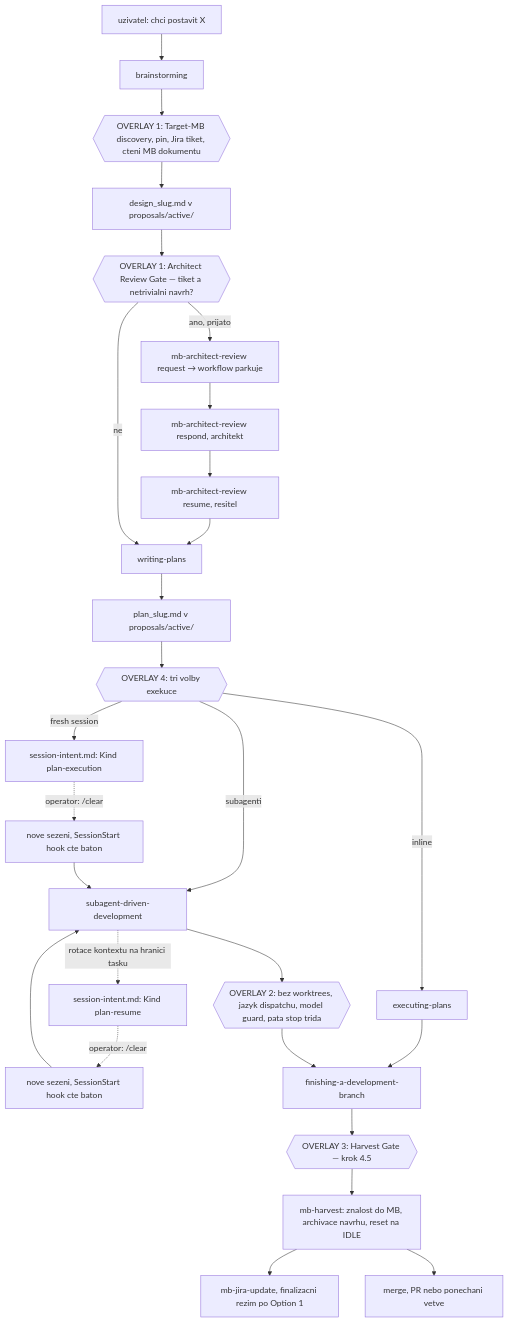
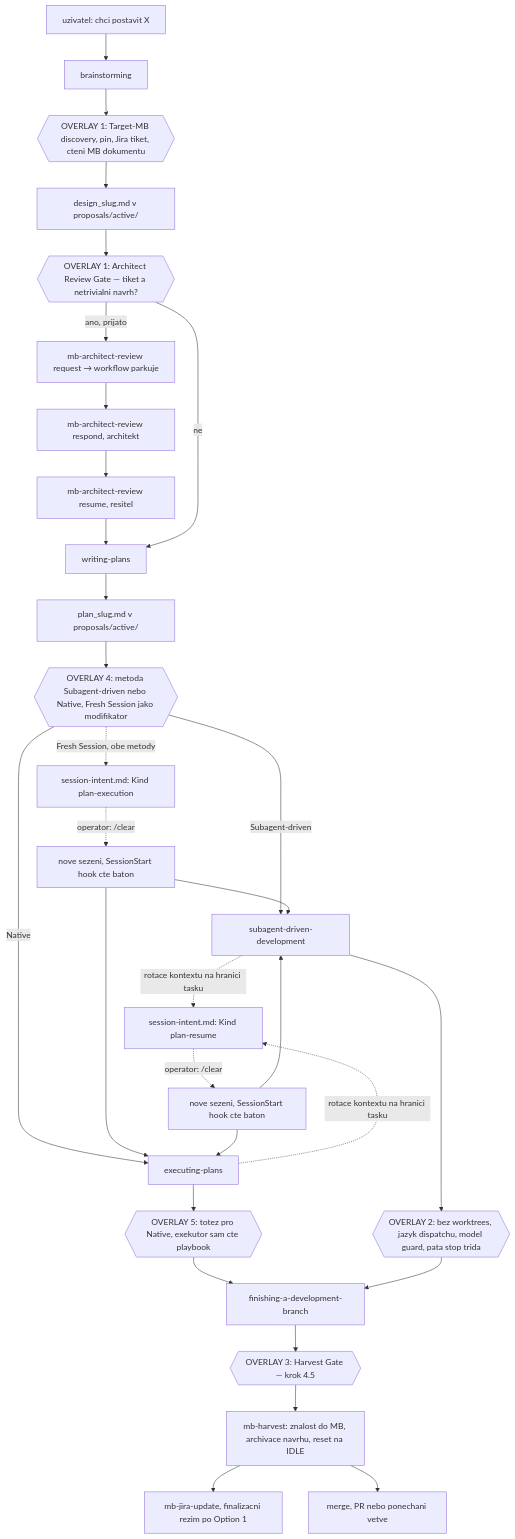
The second of 5 diagrams in memory-bank/architecture.md (janmatejka/superpowers), drawn with Mermaid before and after one commit. The commit also changed other lines of this file and 7 other files, not shown here.

````diff
--- a/memory-bank/architecture.md
+++ b/memory-bank/architecture.md
@@ -62,29 +68,33 @@
 ```mermaid
 flowchart TD
     START["uzivatel: chci postavit X"] --> BS["brainstorming"]
     BS --> O1{{"OVERLAY 1: Target-MB discovery, pin, Jira tiket, cteni MB dokumentu"}}
     O1 --> DES["design_slug.md v proposals/active/"]
     DES --> GATE{{"OVERLAY 1: Architect Review Gate — tiket a netrivialni navrh?"}}
     GATE -->|ano, prijato| AR["mb-architect-review request → workflow parkuje"]
     AR --> ARR["mb-architect-review respond, architekt"]
     ARR --> ARS["mb-architect-review resume, resitel"]
     ARS --> WP["writing-plans"]
     GATE -->|ne| WP
     WP --> PLAN["plan_slug.md v proposals/active/"]
-    PLAN --> O4{{"OVERLAY 4: tri volby exekuce"}}
-    O4 -->|subagenti| SDD["subagent-driven-development"]
-    O4 -->|inline| EP["executing-plans"]
-    O4 -->|fresh session| BAT1["session-intent.md: Kind plan-execution"]
+    PLAN --> O4{{"OVERLAY 4: metoda Subagent-driven nebo Native, Fresh Session jako modifikator"}}
+    O4 -->|Subagent-driven| SDD["subagent-driven-development"]
+    O4 -->|Native| EP["executing-plans"]
+    O4 -.->|Fresh Session, obe metody| BAT1["session-intent.md: Kind plan-execution"]
     BAT1 -.->|operator: /clear| NEW1["nove sezeni, SessionStart hook cte baton"]
     NEW1 --> SDD
+    NEW1 --> EP
     SDD --> O2{{"OVERLAY 2: bez worktrees, jazyk dispatchu, model guard, pata stop trida"}}
     SDD -.->|rotace kontextu na hranici tasku| BAT2["session-intent.md: Kind plan-resume"]
     BAT2 -.->|operator: /clear| NEW2["nove sezeni, SessionStart hook cte baton"]
     NEW2 --> SDD
-    EP --> FIN["finishing-a-development-branch"]
+    EP --> O5{{"OVERLAY 5: totez pro Native, exekutor sam cte playbook"}}
+    EP -.->|rotace kontextu na hranici tasku| BAT2
+    NEW2 --> EP
+    O5 --> FIN["finishing-a-development-branch"]
     O2 --> FIN
     FIN --> O3{{"OVERLAY 3: Harvest Gate — krok 4.5"}}
     O3 --> HARV["mb-harvest: znalost do MB, archivace navrhu, reset na IDLE"]
     HARV --> JIRA["mb-jira-update, finalizacni rezim po Option 1"]
     HARV --> DONE["merge, PR nebo ponechani vetve"]
 ```
````
